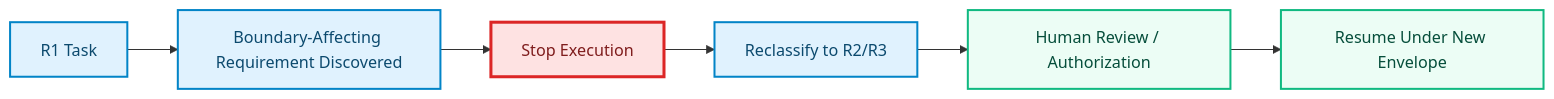
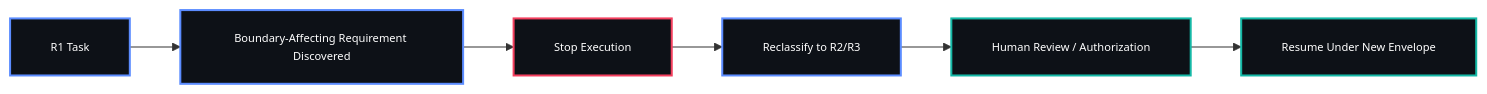
Before and after one commit to drferdii/Monorepo-safrs: the fifth of 8 diagrams in README.md, drawn with Mermaid. The commit also changed other lines of this file, not shown here.

````diff
--- a/README.md
+++ b/README.md
@@ -476,19 +502,20 @@
 ```mermaid
+%%{init: {"flowchart": {"htmlLabels": false, "padding": 20}, "themeVariables": {"fontFamily": "monospace", "fontSize": "11px"}}}%%
 flowchart LR
     R1["R1 Task"]
     Discover["Boundary-Affecting Requirement Discovered"]
     Stop["Stop Execution"]
     Reclassify["Reclassify to R2/R3"]
     Human["Human Review / Authorization"]
     Resume["Resume Under New Envelope"]
 
     R1 --> Discover --> Stop --> Reclassify --> Human --> Resume
 
-    classDef task fill:#E0F2FE,stroke:#0284C7,color:#0C4A6E,stroke-width:2px;
-    classDef gate fill:#FEE2E2,stroke:#DC2626,color:#7F1D1D,stroke-width:3px;
-    classDef approval fill:#ECFDF5,stroke:#10B981,color:#064E3B,stroke-width:2px;
+    classDef task fill:#0D1117,stroke:#5B8CFF,color:#ffffff,stroke-width:2px;
+    classDef gate fill:#0D1117,stroke:#F43F5E,color:#ffffff,stroke-width:2px;
+    classDef approval fill:#0D1117,stroke:#14B8A6,color:#ffffff,stroke-width:2px;
 
     class R1,Discover,Reclassify task;
     class Stop gate;
     class Human,Resume approval;
 ```
````
